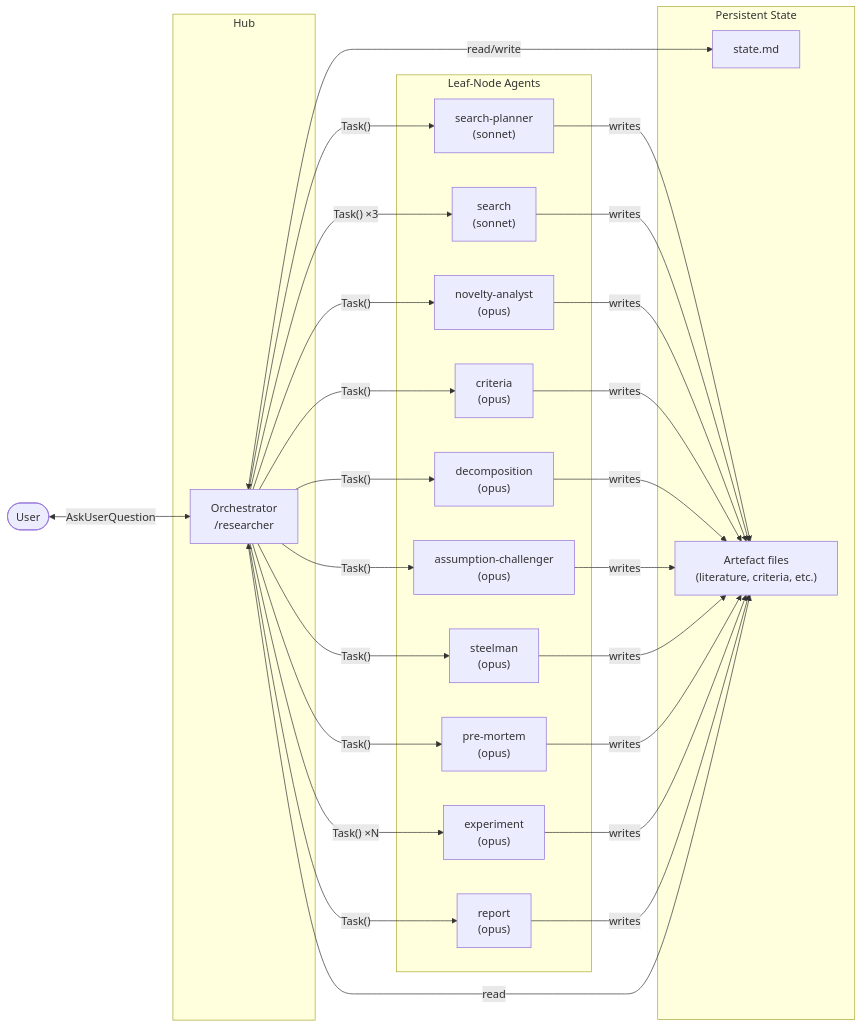
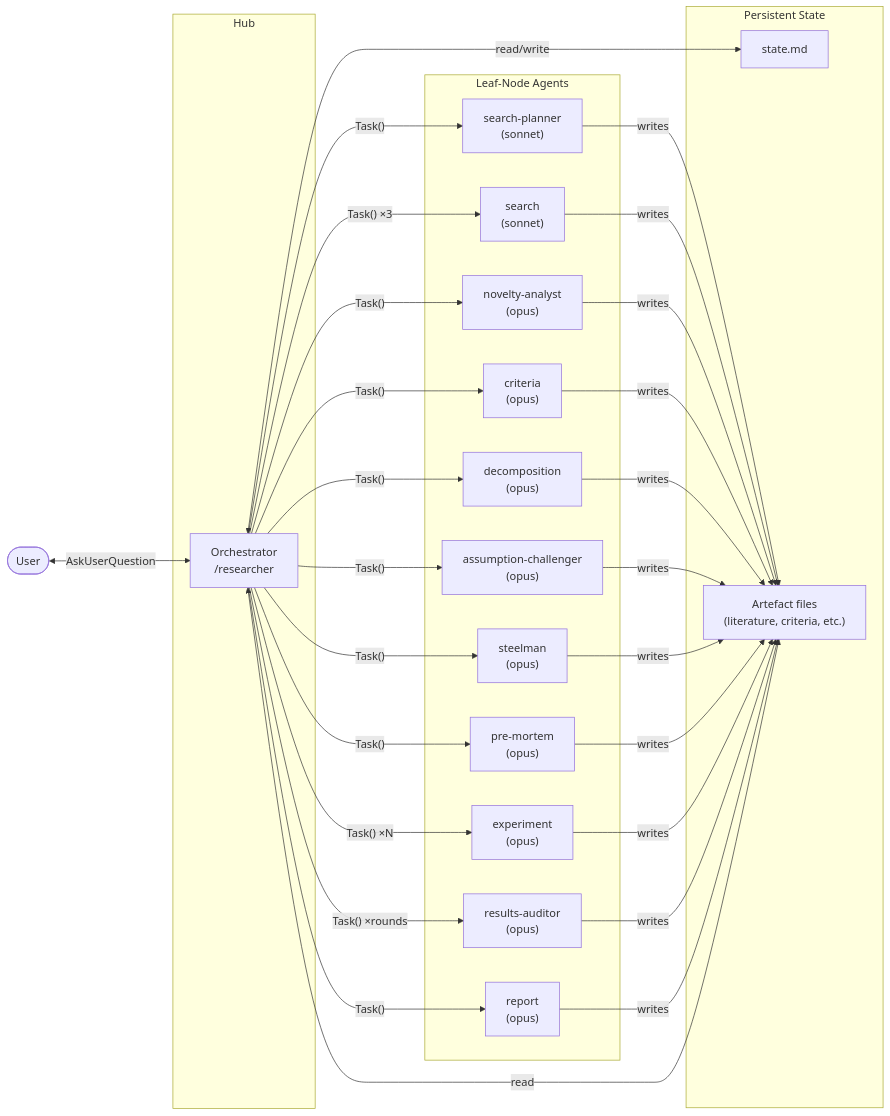
Before and after one commit to tbuckworth/ai-safety-researcher: the second of 4 diagrams in docs/DIAGRAM.md, drawn with Mermaid. The commit also changed other lines of this file and 24 other files, not shown here.

````diff
--- a/docs/DIAGRAM.md
+++ b/docs/DIAGRAM.md
@@ -72,50 +76,53 @@
 ```mermaid
 flowchart LR
     subgraph Hub
         O["Orchestrator\n/researcher"]
     end
 
     subgraph Agents["Leaf-Node Agents"]
         A1["search-planner\n(sonnet)"]
         A2["search\n(sonnet)"]
         A3["novelty-analyst\n(opus)"]
         A4["criteria\n(opus)"]
         A5["decomposition\n(opus)"]
         A6["assumption-challenger\n(opus)"]
         A7["steelman\n(opus)"]
         A8["pre-mortem\n(opus)"]
         A9["experiment\n(opus)"]
-        A10["report\n(opus)"]
+        A10["results-auditor\n(opus)"]
+        A11["report\n(opus)"]
     end
 
     subgraph State["Persistent State"]
         SM["state.md"]
         AR["Artefact files\n(literature, criteria, etc.)"]
     end
 
     U(["User"]) <-->|"AskUserQuestion"| O
     O -->|"Task()"| A1
     O -->|"Task() ×3"| A2
     O -->|"Task()"| A3
     O -->|"Task()"| A4
     O -->|"Task()"| A5
     O -->|"Task()"| A6
     O -->|"Task()"| A7
     O -->|"Task()"| A8
     O -->|"Task() ×N"| A9
-    O -->|"Task()"| A10
+    O -->|"Task() ×rounds"| A10
+    O -->|"Task()"| A11
 
     A1 -->|writes| AR
     A2 -->|writes| AR
     A3 -->|writes| AR
     A4 -->|writes| AR
     A5 -->|writes| AR
     A6 -->|writes| AR
     A7 -->|writes| AR
     A8 -->|writes| AR
     A9 -->|writes| AR
     A10 -->|writes| AR
+    A11 -->|writes| AR
 
     O <-->|"read/write"| SM
     O <-->|"read"| AR
 ```
````
